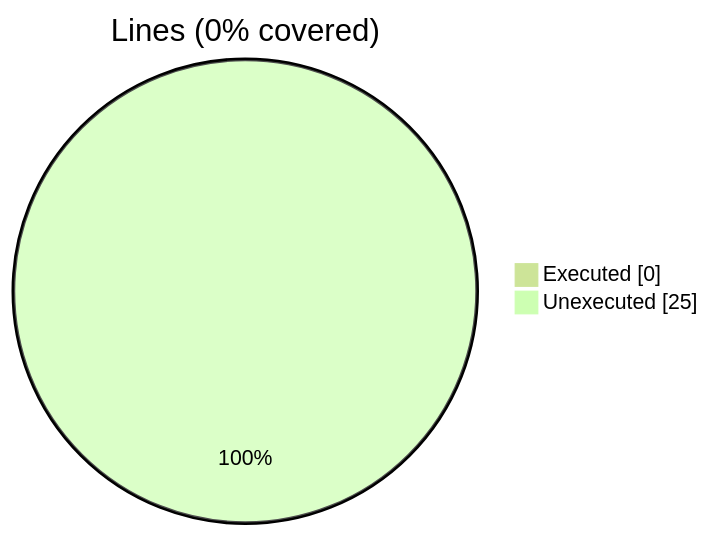
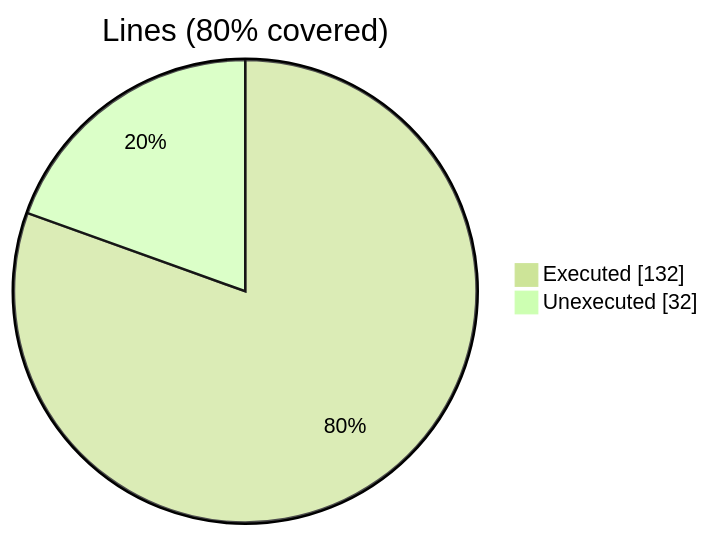
Before and after one commit to szaghi/FOSSIL: diagram 32 of 34 in docs/guide/coverage-analysis.md, drawn with Mermaid (forest theme). The commit also changed other lines of this file and 40 other files, not shown here.

````diff
--- a/docs/guide/coverage-analysis.md
+++ b/docs/guide/coverage-analysis.md
@@ -260,6 +494,6 @@
 ```mermaid
 pie showData
-    title Lines (0% covered)
-    "Executed" : 0
-    "Unexecuted" : 25
+    title Lines (80% covered)
+    "Executed" : 132
+    "Unexecuted" : 32
 ```
````
